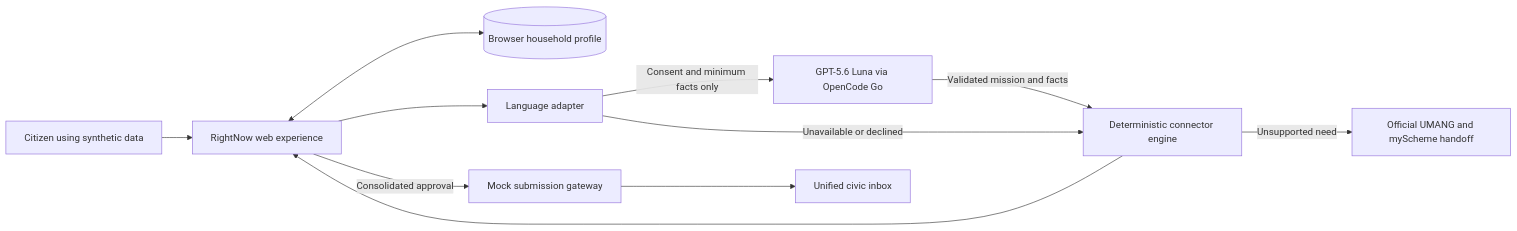
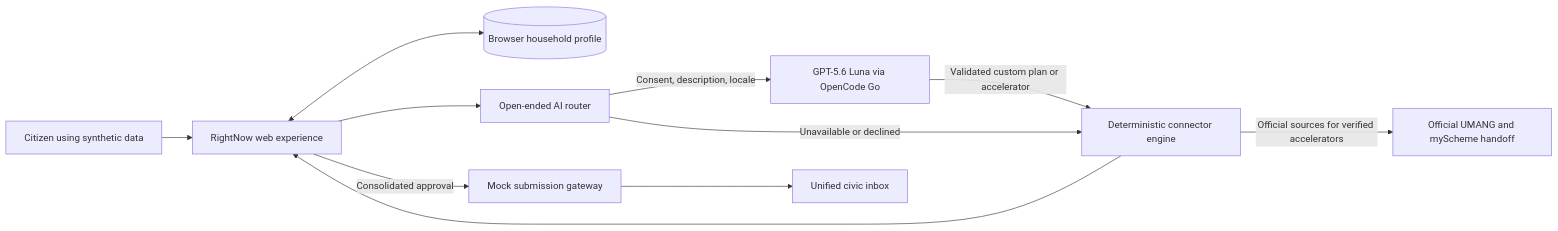
The first of 3 diagrams in docs/architecture.md (palani1492/rightnow-india), drawn with Mermaid before and after one commit. The commit also changed other lines of this file and 31 other files, not shown here.

Commit message:
feat: open-ended AI civic simulations

````diff
--- a/docs/architecture.md
+++ b/docs/architecture.md
@@ -25,23 +24,23 @@
 ```mermaid
 flowchart LR
     Citizen[Citizen using synthetic data]
     UI[RightNow web experience]
     Local[(Browser household profile)]
-    Agent[Language adapter]
+    Agent[Open-ended AI router]
     LLM[GPT-5.6 Luna via OpenCode Go]
     Rules[Deterministic connector engine]
     Gateway[Mock submission gateway]
     Inbox[Unified civic inbox]
     Official[Official UMANG and myScheme handoff]
 
     Citizen --> UI
     UI <--> Local
     UI --> Agent
-    Agent -->|Consent and minimum facts only| LLM
+    Agent -->|Consent, description, locale| LLM
     Agent -->|Unavailable or declined| Rules
-    LLM -->|Validated mission and facts| Rules
+    LLM -->|Validated custom plan or accelerator| Rules
     Rules --> UI
     UI -->|Consolidated approval| Gateway
     Gateway --> Inbox
-    Rules -->|Unsupported need| Official
+    Rules -->|Official sources for verified accelerators| Official
 ```
````
